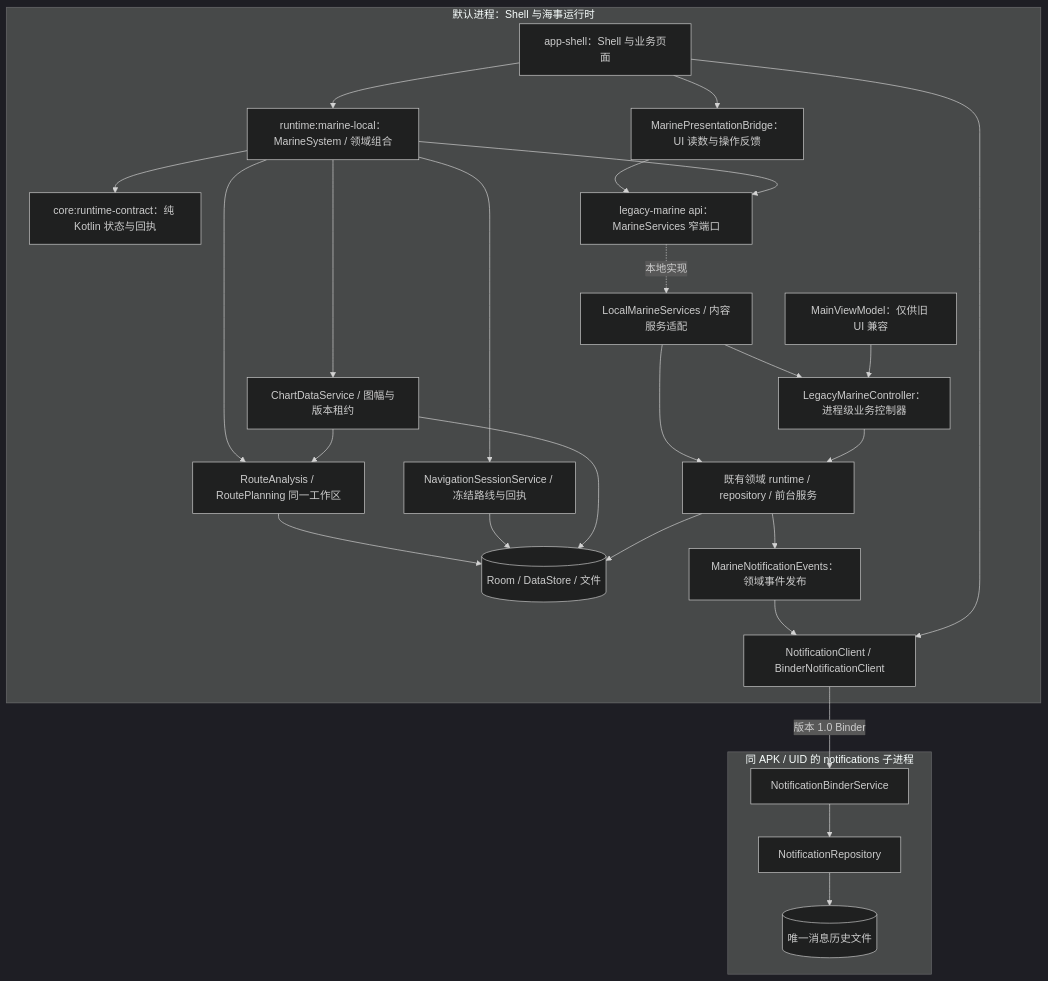
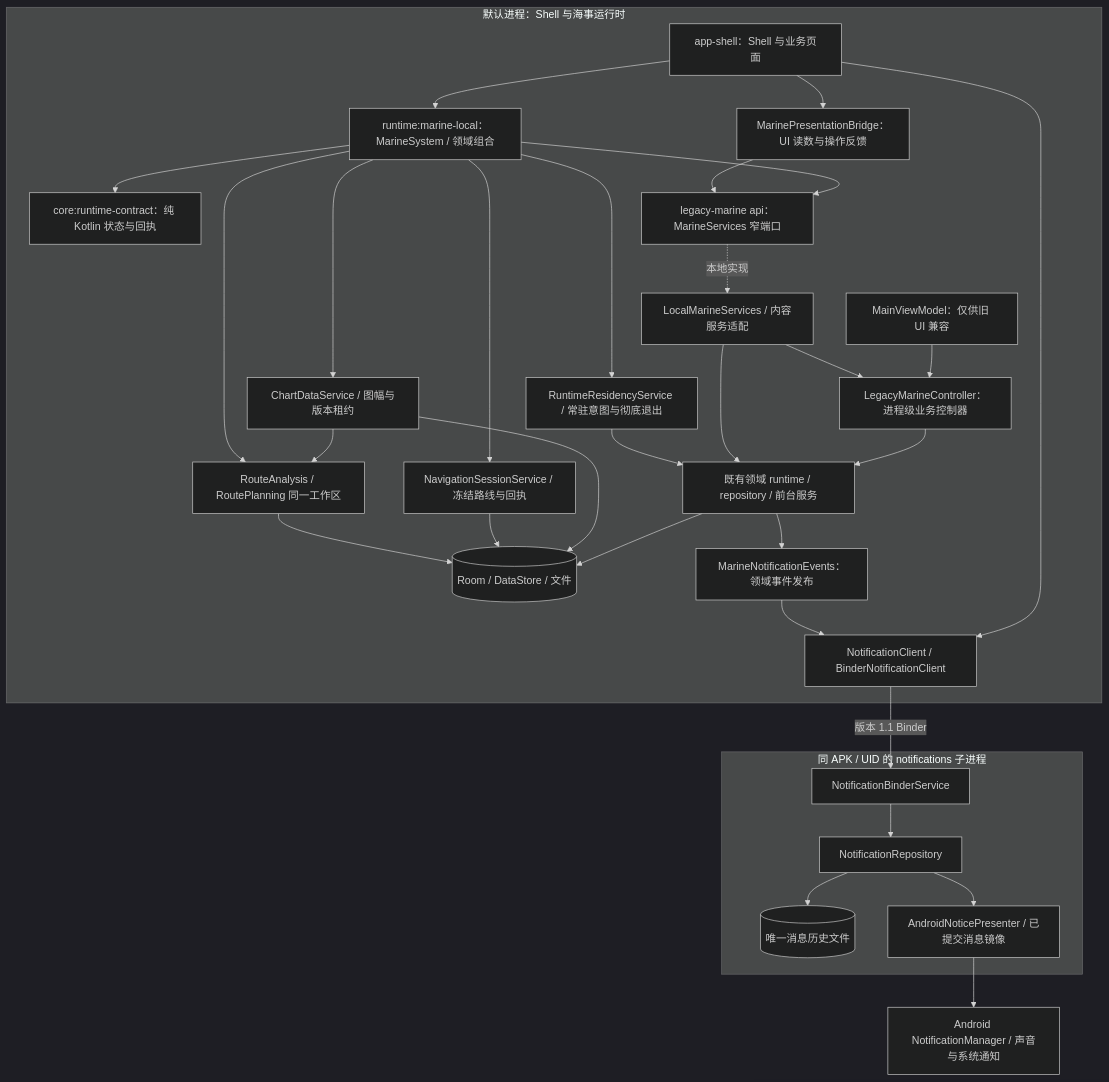
The diagram in docs/os/10-INPROCESS-SYSTEM-BOUNDARIES.md (ohkuku/yokuli_marine_shell), drawn with Mermaid (dark theme) before and after one commit. The commit also changed other lines of this file and 100 other files, not shown here.

Commit message:
Unify resident marine runtime and monochrome sailing experience

````diff
--- a/docs/os/10-INPROCESS-SYSTEM-BOUNDARIES.md
+++ b/docs/os/10-INPROCESS-SYSTEM-BOUNDARIES.md
@@ -9,40 +9,44 @@
 ```mermaid
 flowchart TB
     subgraph ONE[默认进程：Shell 与海事运行时]
         APP[app-shell：Shell 与业务页面]
         BRIDGE[MarinePresentationBridge：UI 读数与操作反馈]
         HOST[runtime:marine-local：MarineSystem / 领域组合]
         CORE[core:runtime-contract：纯 Kotlin 状态与回执]
         API[legacy-marine api：MarineServices 窄端口]
         LOCAL[LocalMarineServices / 内容服务适配]
         CONTROLLER[LegacyMarineController：进程级业务控制器]
         VM[MainViewModel：仅供旧 UI 兼容]
         DOMAIN[既有领域 runtime / repository / 前台服务]
         STORE[(Room / DataStore / 文件)]
         APP --> BRIDGE
         APP --> HOST
         BRIDGE --> API
         HOST --> NAV[NavigationSessionService / 冻结路线与回执]
+        HOST --> RESIDENT[RuntimeResidencyService / 常驻意图与彻底退出]
+        RESIDENT --> DOMAIN
         HOST --> CHART[ChartDataService / 图幅与版本租约]
         HOST --> PLAN[RouteAnalysis / RoutePlanning 同一工作区]
         CHART --> PLAN
         PLAN --> STORE
         NAV --> STORE
         CHART --> STORE
         HOST --> CORE
         HOST --> API
         API -. 本地实现 .-> LOCAL
         LOCAL --> CONTROLLER
         LOCAL --> DOMAIN
         VM --> CONTROLLER
         CONTROLLER --> DOMAIN --> STORE
         EVENTS[MarineNotificationEvents：领域事件发布] --> NCLIENT[NotificationClient / BinderNotificationClient]
         APP --> NCLIENT
         DOMAIN --> EVENTS
     end
     subgraph NOTICES[同 APK / UID 的 notifications 子进程]
         BINDER[NotificationBinderService] --> NREPO[NotificationRepository]
         NREPO --> NFILE[(唯一消息历史文件)]
+        NREPO --> MIRROR[AndroidNoticePresenter / 已提交消息镜像]
     end
-    NCLIENT -->|版本 1.0 Binder| BINDER
+    MIRROR --> ANDROID[Android NotificationManager / 声音与系统通知]
+    NCLIENT -->|版本 1.1 Binder| BINDER
 ```
````
